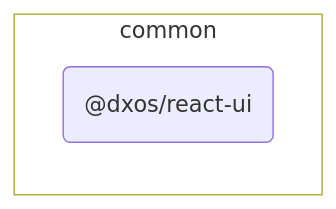
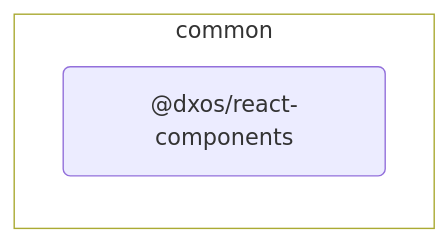
One commit to dxos/dxos changed the diagram in packages/common/react-components/docs/README.md. Above: the diagram before and after it, drawn with Mermaid. The commit also changed other lines of this file and 123 other files, not shown here.

Commit message:
Rename react-ui to react-components.

````diff
--- a/packages/common/react-components/docs/README.md
+++ b/packages/common/react-components/docs/README.md
@@ -7,17 +7,17 @@
 ```mermaid
 %%{ init: {'flowchart':{'curve':'basis'}} }%%
 
 flowchart LR
 
 %% Classes
 
 
 
 %% Nodes
 
 subgraph common [common]
   style common fill:transparent
-  dxos/react-ui("@dxos/react-ui"):::root
-  click dxos/react-ui "dxos/dxos/tree/main/packages/common/react-ui/docs"
+  dxos/react-components("@dxos/react-components"):::root
+  click dxos/react-components "dxos/dxos/tree/main/packages/common/react-ui/docs"
 end
 ```
````
